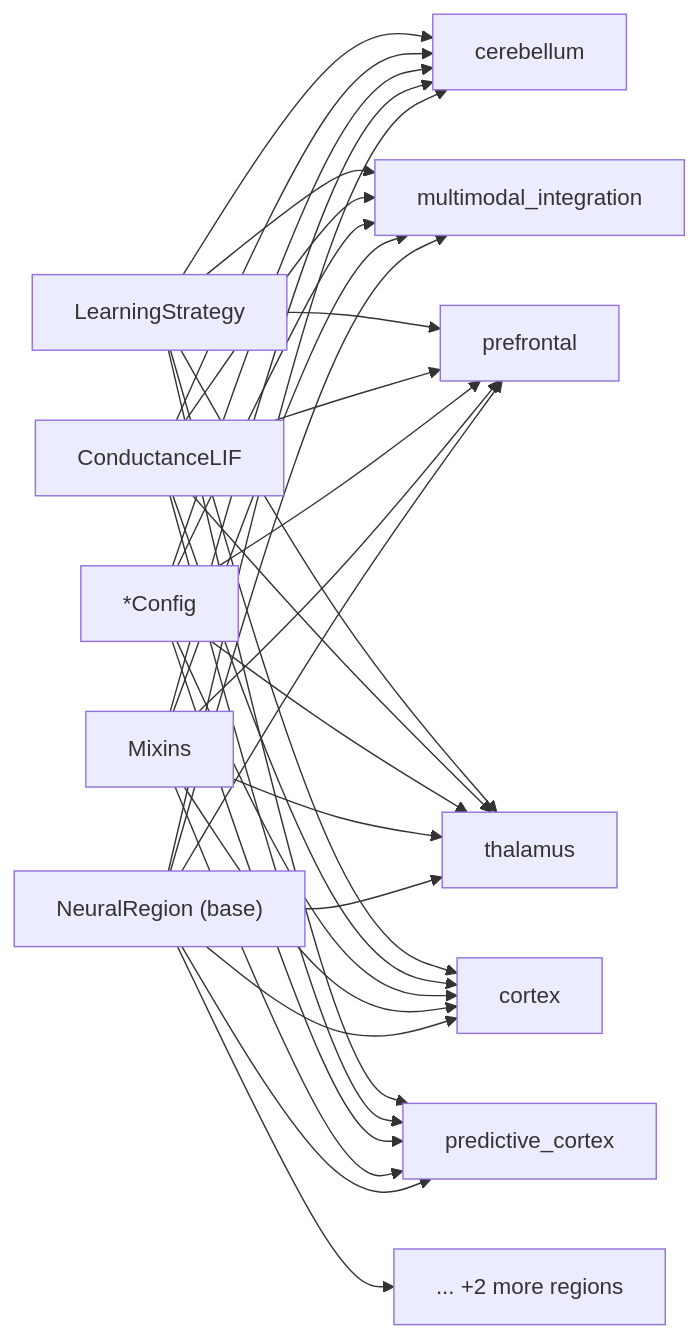
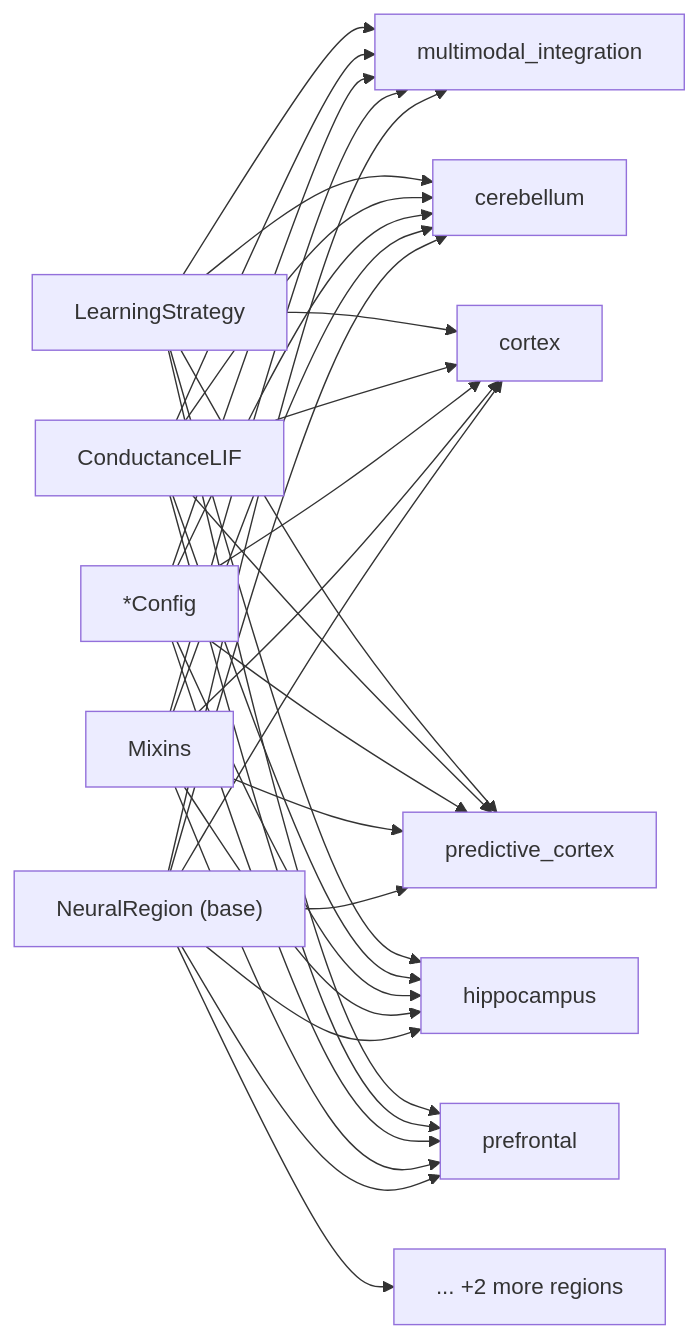
The second of 3 diagrams in docs/api/DEPENDENCY_GRAPH.md (kevin-heitfeld/thalia), drawn with Mermaid before and after one commit. The commit also changed other lines of this file and 26 other files, not shown here.

````diff
--- a/docs/api/DEPENDENCY_GRAPH.md
+++ b/docs/api/DEPENDENCY_GRAPH.md
@@ -36,47 +36,47 @@
 ```mermaid
 graph LR
     NeuralRegion["NeuralRegion (base)"]
     Mixins["Mixins"]
     Config["*Config"]
     Neurons["ConductanceLIF"]
     Strategy["LearningStrategy"]
 
+    multimodal_integration["multimodal_integration"]
+    NeuralRegion --> multimodal_integration
+    Mixins --> multimodal_integration
+    Config --> multimodal_integration
+    Neurons --> multimodal_integration
+    Strategy --> multimodal_integration
     cerebellum["cerebellum"]
     NeuralRegion --> cerebellum
     Mixins --> cerebellum
     Config --> cerebellum
     Neurons --> cerebellum
     Strategy --> cerebellum
-    multimodal_integration["multimodal_integration"]
-    NeuralRegion --> multimodal_integration
-    Mixins --> multimodal_integration
-    Config --> multimodal_integration
-    Neurons --> multimodal_integration
-    Strategy --> multimodal_integration
-    prefrontal["prefrontal"]
-    NeuralRegion --> prefrontal
-    Mixins --> prefrontal
-    Config --> prefrontal
-    Neurons --> prefrontal
-    Strategy --> prefrontal
-    thalamus["thalamus"]
-    NeuralRegion --> thalamus
-    Mixins --> thalamus
-    Config --> thalamus
-    Neurons --> thalamus
-    Strategy --> thalamus
     cortex["cortex"]
     NeuralRegion --> cortex
     Mixins --> cortex
     Config --> cortex
     Neurons --> cortex
     Strategy --> cortex
     predictive_cortex["predictive_cortex"]
     NeuralRegion --> predictive_cortex
     Mixins --> predictive_cortex
     Config --> predictive_cortex
     Neurons --> predictive_cortex
     Strategy --> predictive_cortex
+    hippocampus["hippocampus"]
+    NeuralRegion --> hippocampus
+    Mixins --> hippocampus
+    Config --> hippocampus
+    Neurons --> hippocampus
+    Strategy --> hippocampus
+    prefrontal["prefrontal"]
+    NeuralRegion --> prefrontal
+    Mixins --> prefrontal
+    Config --> prefrontal
+    Neurons --> prefrontal
+    Strategy --> prefrontal
     More["... +2 more regions"]
     NeuralRegion --> More
 ```
````
